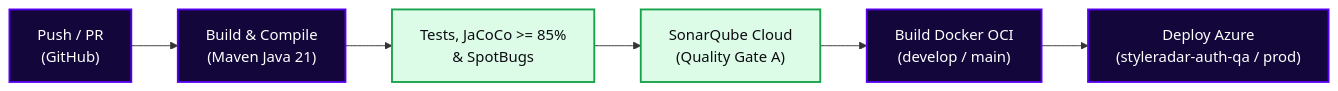
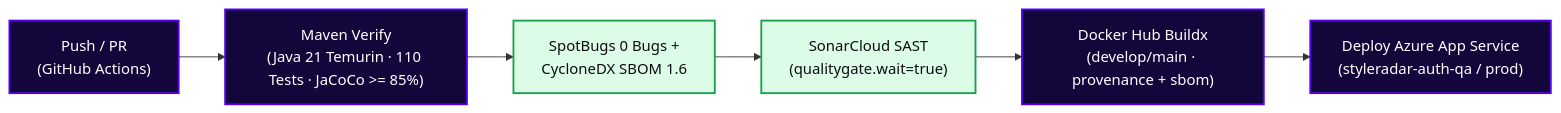
The second of 2 diagrams in README.md (StyleRadar1/CADCHE-Authentication-Service), drawn with Mermaid before and after one commit. The commit also changed other lines of this file and 7 other files, not shown here.

Commit message:
docs(uml): update StyleRadar UML diagrams, DocumentoTecnico and README for Google OAuth2 and hexagonal core

````diff
--- a/README.md
+++ b/README.md
@@ -795,14 +790,14 @@
 ```mermaid
 flowchart LR
-    A["Push / PR<br>(GitHub)"] --> B["Build & Compile<br>(Maven Java 21)"]
-    B --> C["Tests, JaCoCo >= 85%<br>& SpotBugs"]
-    C --> D["SonarQube Cloud<br>(Quality Gate A)"]
-    D --> E["Build Docker OCI<br>(develop / main)"]
-    E --> F["Deploy Azure<br>(styleradar-auth-qa / prod)"]
+    A["Push / PR<br>(GitHub Actions)"] --> B["Maven Verify<br>(Java 21 Temurin · 110 Tests · JaCoCo >= 85%)"]
+    B --> C["SpotBugs 0 Bugs +<br>CycloneDX SBOM 1.6"]
+    C --> D["SonarCloud SAST<br>(qualitygate.wait=true)"]
+    D --> E["Docker Hub Buildx<br>(develop/main · provenance + sbom)"]
+    E --> F["Deploy Azure App Service<br>(styleradar-auth-qa / prod)"]
 
     classDef step fill:#12063A,stroke:#5600EF,stroke-width:2px,color:#FFFFFF;
     classDef pass fill:#DCFCE7,stroke:#16A34A,stroke-width:2px,color:#0C0C12;
 
     class A,B,E,F step;
     class C,D pass;
 ```
````
